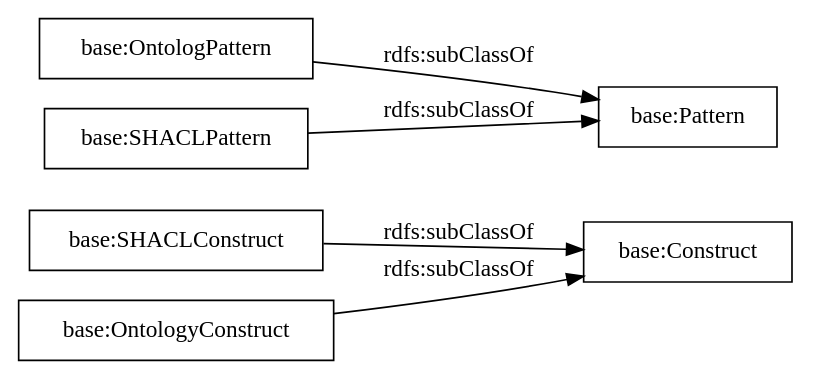
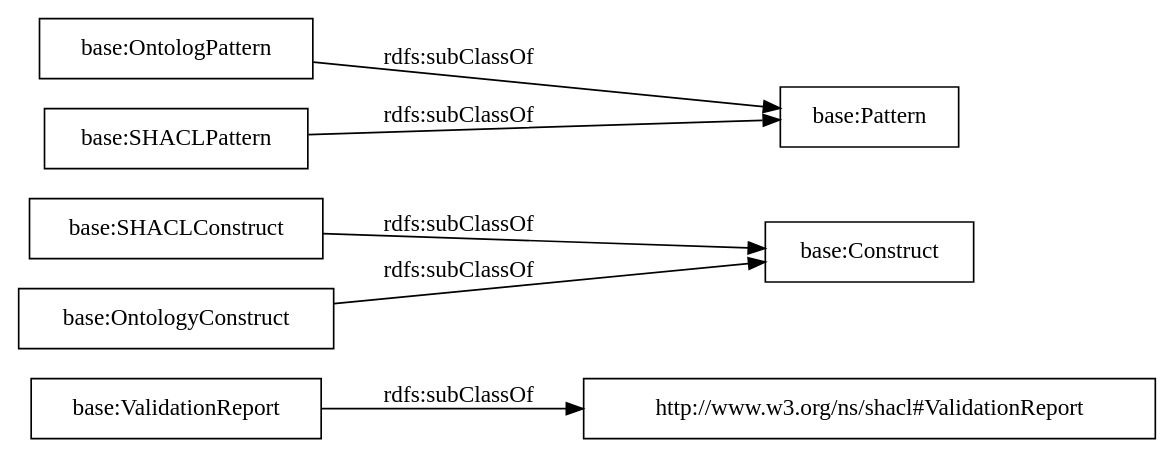
Before and after one commit to albaizq/astrea-ontology: the diagram in OnToology/ontology.ttl/diagrams/ar2dtool-taxonomy/ontology.ttl.png.dot, drawn with Graphviz. The commit also changed 12 other files, not shown here.

```diff
--- a/OnToology/ontology.ttl/diagrams/ar2dtool-taxonomy/ontology.ttl.png.dot
+++ b/OnToology/ontology.ttl/diagrams/ar2dtool-taxonomy/ontology.ttl.png.dot
@@ -1,10 +1,11 @@
 digraph ar2dtool_diagram { 
 rankdir=LR;
 size="1000"
-node [shape = rectangle, color="black"]; "base:Construct" "base:OntologPattern" "base:Pattern" "base:SHACLPattern" "base:SHACLConstruct" "base:OntologyConstruct" ; /*classes style*/
+node [shape = rectangle, color="black"]; "base:ValidationReport" "base:Construct" "base:OntologPattern" "http://www.w3.org/ns/shacl#ValidationReport" "base:Pattern" "base:SHACLPattern" "base:SHACLConstruct" "base:OntologyConstruct" ; /*classes style*/
+	"base:ValidationReport" -> "http://www.w3.org/ns/shacl#ValidationReport" [ label = "rdfs:subClassOf" ];
 	"base:OntologyConstruct" -> "base:Construct" [ label = "rdfs:subClassOf" ];
 	"base:OntologPattern" -> "base:Pattern" [ label = "rdfs:subClassOf" ];
 	"base:SHACLPattern" -> "base:Pattern" [ label = "rdfs:subClassOf" ];
 	"base:SHACLConstruct" -> "base:Construct" [ label = "rdfs:subClassOf" ];
 
 }
```
